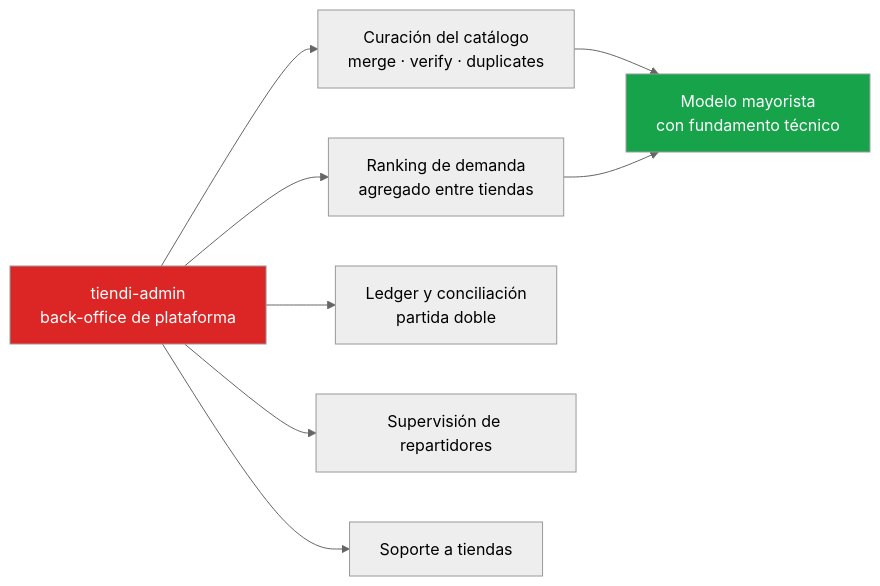
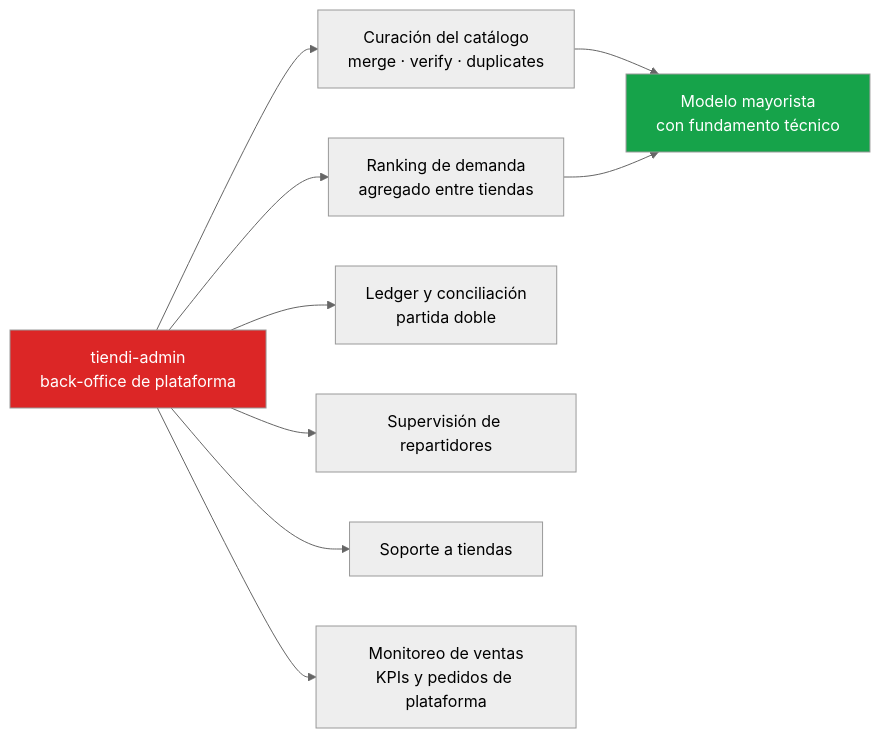
One commit to kanoso/ecommcerce-saas-sonet changed the first of 10 diagrams in DOCS/TIENDI_ADMIN.md. Above: the diagram before and after it, drawn with Mermaid (neutral theme). The commit also changed other lines of this file and 1 other file, not shown here.

````diff
--- a/DOCS/TIENDI_ADMIN.md
+++ b/DOCS/TIENDI_ADMIN.md
@@ -69,14 +69,15 @@
 ```mermaid
 flowchart LR
     A["tiendi-admin<br/>back-office de plataforma"] --> B["Curación del catálogo<br/>merge · verify · duplicates"]
     A --> C["Ranking de demanda<br/>agregado entre tiendas"]
     A --> D["Ledger y conciliación<br/>partida doble"]
     A --> E["Supervisión de repartidores"]
     A --> F["Soporte a tiendas"]
+    A --> V["Monitoreo de ventas<br/>KPIs y pedidos de plataforma"]
 
     B --> G["Modelo mayorista<br/>con fundamento técnico"]
     C --> G
 
     style A fill:#dc2626,color:#fff
     style G fill:#16a34a,color:#fff
 ```
````
